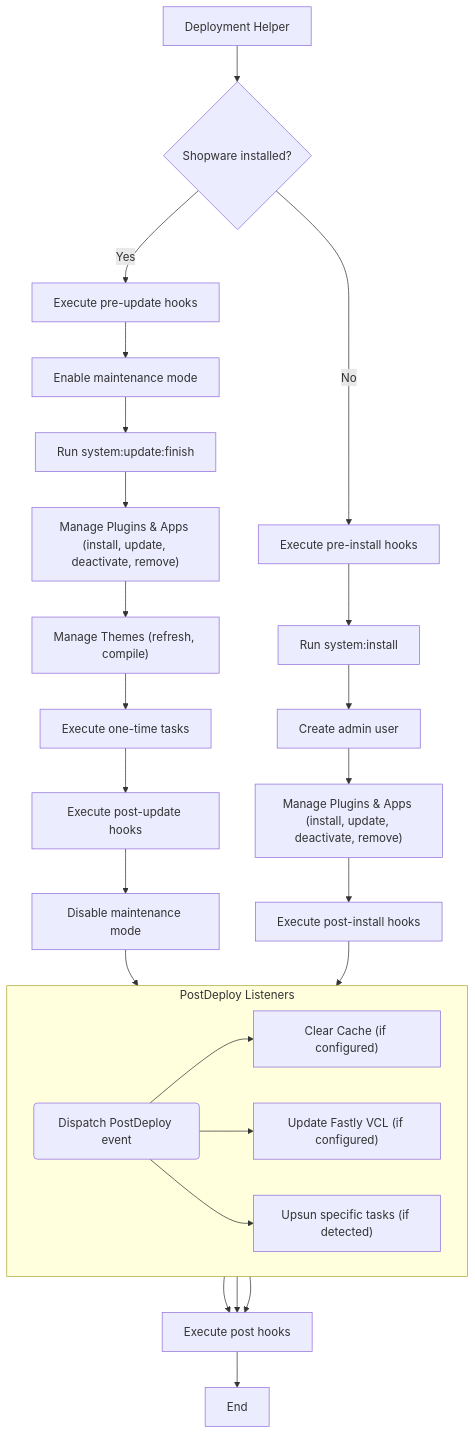
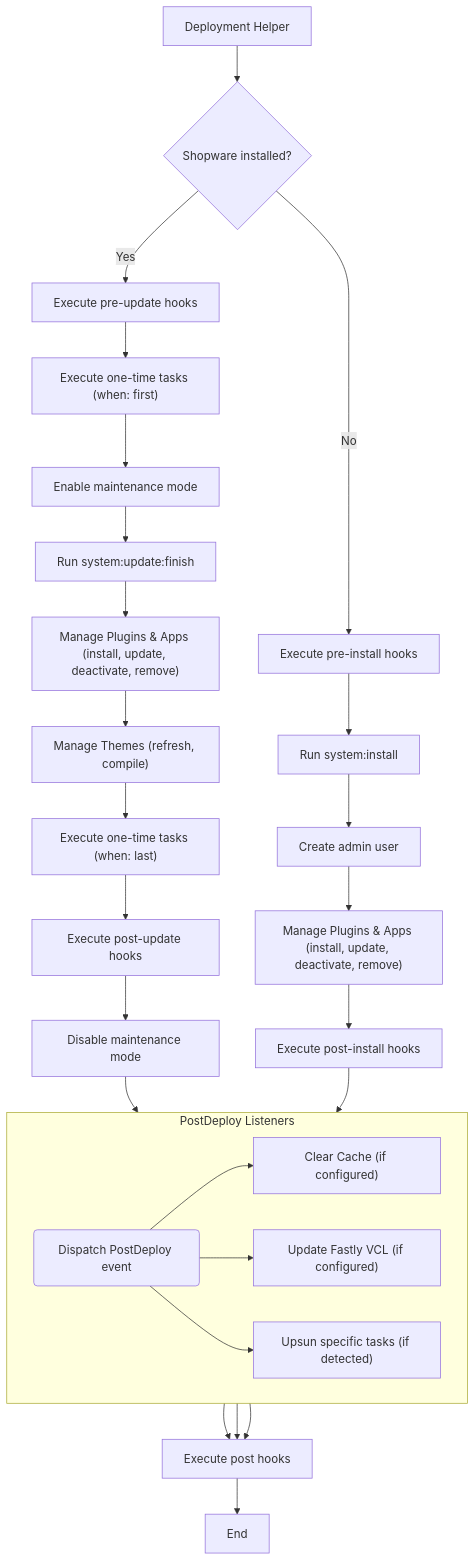
The diagram in guides/hosting/installation-updates/deployments/deployment-helper.md (shopware/docs), drawn with Mermaid before and after one commit. The commit also changed other lines of this file, not shown here.

````diff
--- a/guides/hosting/installation-updates/deployments/deployment-helper.md
+++ b/guides/hosting/installation-updates/deployments/deployment-helper.md
@@ -42,35 +42,36 @@
 ```mermaid
 
 graph TD
     A[Deployment Helper] --> B{Shopware installed?};
     B -- Yes --> E[Execute pre-update hooks];
     B -- No --> N[Execute pre-install hooks];
 
-    E --> F[Enable maintenance mode];
+    E --> E1["Execute one-time tasks (when: first)"];
+    E1 --> F[Enable maintenance mode];
     F --> G[Run system:update:finish];
     G --> H["Manage Plugins & Apps (install, update, deactivate, remove)"];
     H --> I["Manage Themes (refresh, compile)"];
-    I --> J[Execute one-time tasks];
+    I --> J["Execute one-time tasks (when: last)"];
     J --> K[Execute post-update hooks];
     K --> L[Disable maintenance mode];
     L --> M(Dispatch PostDeploy event);
 
     N --> O[Run system:install];
     O --> P[Create admin user];
     P --> R["Manage Plugins & Apps (install, update, deactivate, remove)"];
     R --> S[Execute post-install hooks];
     S --> M;
 
     subgraph PostDeploy Listeners
         direction LR
         M --> M1["Clear Cache (if configured)"];
         M --> M2["Update Fastly VCL (if configured)"];
         M --> M3["Upsun specific tasks (if detected)"];
     end
 
     M1 --> T[Execute post hooks];
     M2 --> T;
     M3 --> T;
 
     T --> U[End];
 ```
````
